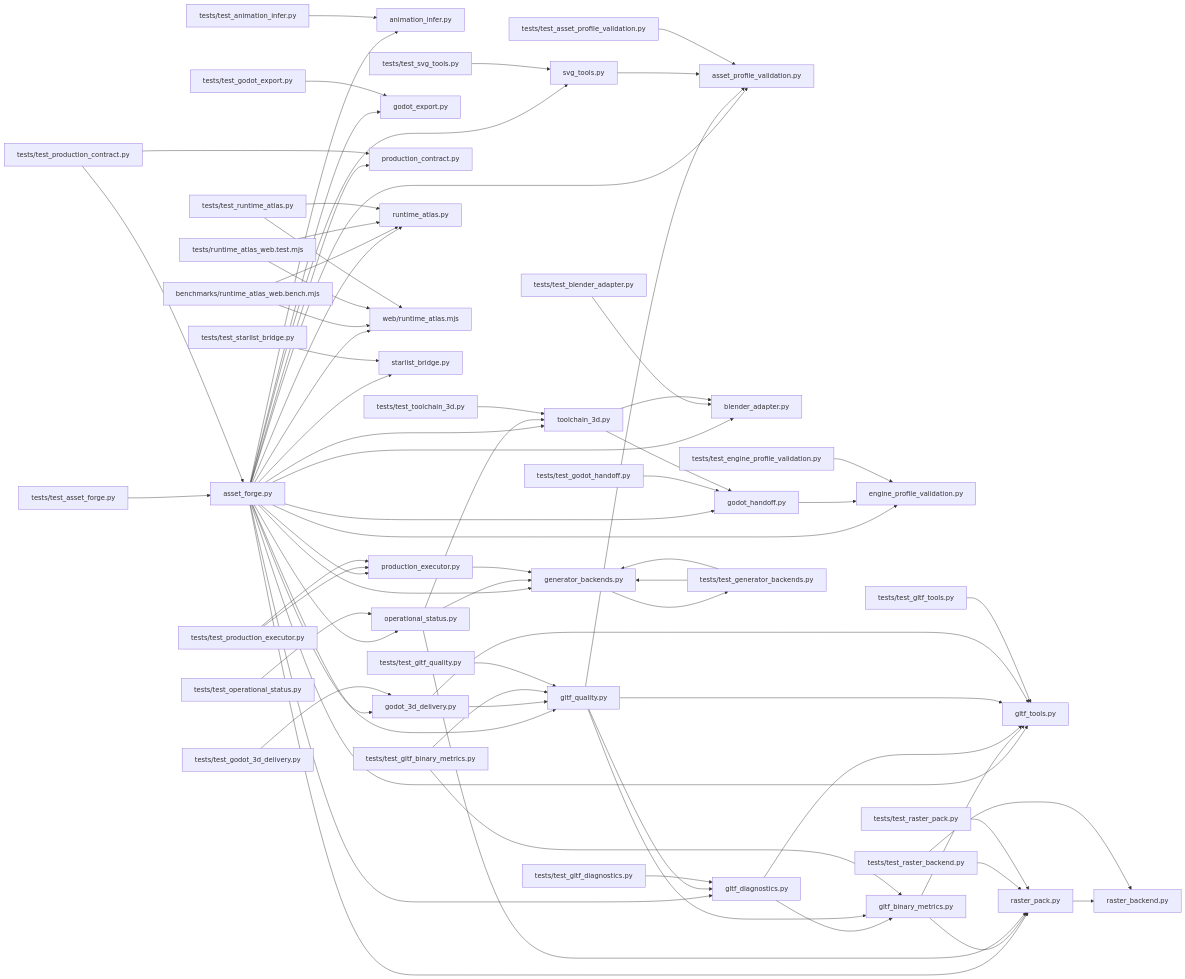
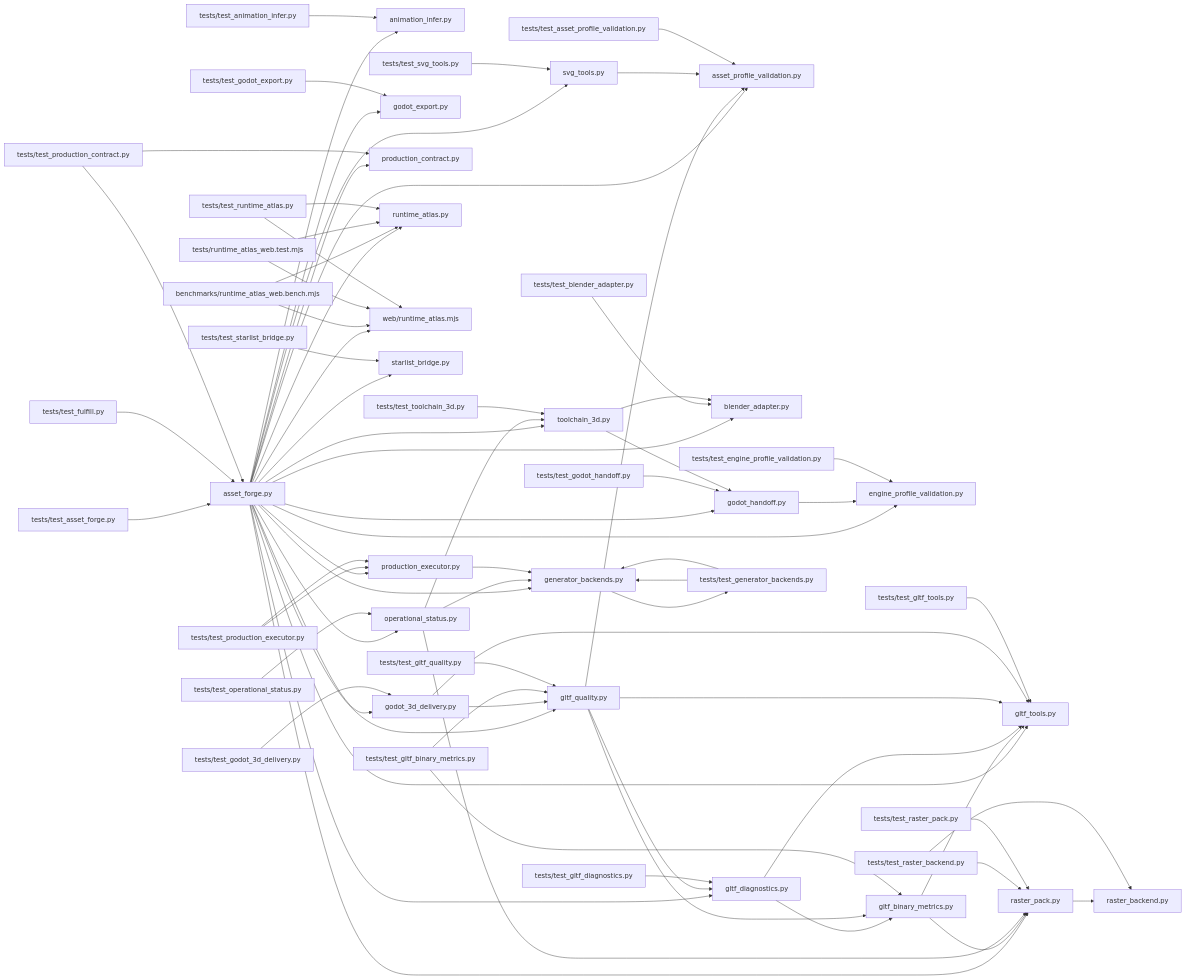
The diagram in .ai/brain/architecture.mmd (dbrckk/asset-forge), drawn with Mermaid before and after one commit. The commit also changed 76 other files, not shown here.

```diff
--- a/.ai/brain/architecture.mmd
+++ b/.ai/brain/architecture.mmd
@@ -1,73 +1,74 @@
 flowchart LR
   nf6aaebdb60["asset_forge.py"] --> na6af60504f["animation_infer.py"]
   nf6aaebdb60["asset_forge.py"] --> n0b538ad53a["asset_profile_validation.py"]
   nf6aaebdb60["asset_forge.py"] --> n53f8241bed["blender_adapter.py"]
   nf6aaebdb60["asset_forge.py"] --> n6c970becb0["engine_profile_validation.py"]
   nf6aaebdb60["asset_forge.py"] --> n628d7e8336["generator_backends.py"]
   nf6aaebdb60["asset_forge.py"] --> n75933d141d["gltf_diagnostics.py"]
   nf6aaebdb60["asset_forge.py"] --> n40671eb73f["gltf_quality.py"]
   nf6aaebdb60["asset_forge.py"] --> n603af8be95["gltf_tools.py"]
   nf6aaebdb60["asset_forge.py"] --> n19f6cc30a2["godot_3d_delivery.py"]
   nf6aaebdb60["asset_forge.py"] --> nf513c6f74a["godot_export.py"]
   nf6aaebdb60["asset_forge.py"] --> n4ac24c4308["godot_handoff.py"]
   nf6aaebdb60["asset_forge.py"] --> n8e6c2af7cd["operational_status.py"]
   nf6aaebdb60["asset_forge.py"] --> n053badf172["production_contract.py"]
   nf6aaebdb60["asset_forge.py"] --> nd2e1f874ab["production_executor.py"]
   nf6aaebdb60["asset_forge.py"] --> n812f5d6cd8["raster_pack.py"]
   nf6aaebdb60["asset_forge.py"] --> n5b9c1dbfe7["runtime_atlas.py"]
   nf6aaebdb60["asset_forge.py"] --> nbf71796fb5["web/runtime_atlas.mjs"]
   nf6aaebdb60["asset_forge.py"] --> n60f2773fae["starlist_bridge.py"]
   nf6aaebdb60["asset_forge.py"] --> nd1a9eb18f4["svg_tools.py"]
   nf6aaebdb60["asset_forge.py"] --> n9f52789201["toolchain_3d.py"]
   nf1083f5ce7["benchmarks/runtime_atlas_web.bench.mjs"] --> n5b9c1dbfe7["runtime_atlas.py"]
   nf1083f5ce7["benchmarks/runtime_atlas_web.bench.mjs"] --> nbf71796fb5["web/runtime_atlas.mjs"]
   nf2ad6ffaad["gltf_binary_metrics.py"] --> n603af8be95["gltf_tools.py"]
   nf2ad6ffaad["gltf_binary_metrics.py"] --> n812f5d6cd8["raster_pack.py"]
   n75933d141d["gltf_diagnostics.py"] --> nf2ad6ffaad["gltf_binary_metrics.py"]
   n75933d141d["gltf_diagnostics.py"] --> n603af8be95["gltf_tools.py"]
   n40671eb73f["gltf_quality.py"] --> n0b538ad53a["asset_profile_validation.py"]
   n40671eb73f["gltf_quality.py"] --> nf2ad6ffaad["gltf_binary_metrics.py"]
   n40671eb73f["gltf_quality.py"] --> n75933d141d["gltf_diagnostics.py"]
   n40671eb73f["gltf_quality.py"] --> n603af8be95["gltf_tools.py"]
   n19f6cc30a2["godot_3d_delivery.py"] --> n40671eb73f["gltf_quality.py"]
   n19f6cc30a2["godot_3d_delivery.py"] --> n603af8be95["gltf_tools.py"]
   n4ac24c4308["godot_handoff.py"] --> n6c970becb0["engine_profile_validation.py"]
   n8e6c2af7cd["operational_status.py"] --> n628d7e8336["generator_backends.py"]
   n8e6c2af7cd["operational_status.py"] --> n812f5d6cd8["raster_pack.py"]
   n8e6c2af7cd["operational_status.py"] --> n9f52789201["toolchain_3d.py"]
   nd2e1f874ab["production_executor.py"] --> n628d7e8336["generator_backends.py"]
   n812f5d6cd8["raster_pack.py"] --> n1f573e1b00["raster_backend.py"]
   nd1a9eb18f4["svg_tools.py"] --> n0b538ad53a["asset_profile_validation.py"]
   n6d6a7f3f5f["tests/runtime_atlas_web.test.mjs"] --> n5b9c1dbfe7["runtime_atlas.py"]
   n6d6a7f3f5f["tests/runtime_atlas_web.test.mjs"] --> nbf71796fb5["web/runtime_atlas.mjs"]
   ndd9a4fb45c["tests/test_animation_infer.py"] --> na6af60504f["animation_infer.py"]
   na7d4387d3f["tests/test_asset_forge.py"] --> nf6aaebdb60["asset_forge.py"]
   necd522caf1["tests/test_asset_profile_validation.py"] --> n0b538ad53a["asset_profile_validation.py"]
   n0b5e01c792["tests/test_blender_adapter.py"] --> n53f8241bed["blender_adapter.py"]
   n69f8299d4b["tests/test_engine_profile_validation.py"] --> n6c970becb0["engine_profile_validation.py"]
+  n8020ce18e3["tests/test_fulfill.py"] --> nf6aaebdb60["asset_forge.py"]
   n3669c12588["tests/test_generator_backends.py"] --> n628d7e8336["generator_backends.py"]
   nd70a422de4["tests/test_gltf_binary_metrics.py"] --> nf2ad6ffaad["gltf_binary_metrics.py"]
   nd70a422de4["tests/test_gltf_binary_metrics.py"] --> n40671eb73f["gltf_quality.py"]
   nfb115d84b9["tests/test_gltf_diagnostics.py"] --> n75933d141d["gltf_diagnostics.py"]
   n9879eb7c58["tests/test_gltf_quality.py"] --> n40671eb73f["gltf_quality.py"]
   nbe4b566f23["tests/test_gltf_tools.py"] --> n603af8be95["gltf_tools.py"]
   n5132dff4b4["tests/test_godot_3d_delivery.py"] --> n19f6cc30a2["godot_3d_delivery.py"]
   n765e2032dc["tests/test_godot_export.py"] --> nf513c6f74a["godot_export.py"]
   n796d12e7ad["tests/test_godot_handoff.py"] --> n4ac24c4308["godot_handoff.py"]
   nae44096017["tests/test_operational_status.py"] --> n8e6c2af7cd["operational_status.py"]
   n2bf208ea95["tests/test_production_contract.py"] --> nf6aaebdb60["asset_forge.py"]
   n2bf208ea95["tests/test_production_contract.py"] --> n053badf172["production_contract.py"]
   n7bb7caee30["tests/test_production_executor.py"] --> nd2e1f874ab["production_executor.py"]
   nfa190699df["tests/test_raster_backend.py"] --> n1f573e1b00["raster_backend.py"]
   nfa190699df["tests/test_raster_backend.py"] --> n812f5d6cd8["raster_pack.py"]
   nacd4f64dad["tests/test_raster_pack.py"] --> n812f5d6cd8["raster_pack.py"]
   n648bc622f8["tests/test_runtime_atlas.py"] --> n5b9c1dbfe7["runtime_atlas.py"]
   n648bc622f8["tests/test_runtime_atlas.py"] --> nbf71796fb5["web/runtime_atlas.mjs"]
   n741d12fac4["tests/test_starlist_bridge.py"] --> n60f2773fae["starlist_bridge.py"]
   n9799642b7e["tests/test_svg_tools.py"] --> nd1a9eb18f4["svg_tools.py"]
   n67da2e7cde["tests/test_toolchain_3d.py"] --> n9f52789201["toolchain_3d.py"]
   n9f52789201["toolchain_3d.py"] --> n53f8241bed["blender_adapter.py"]
   n9f52789201["toolchain_3d.py"] --> n4ac24c4308["godot_handoff.py"]
   n3669c12588["tests/test_generator_backends.py"] --> n628d7e8336["generator_backends.py"]
   n7bb7caee30["tests/test_production_executor.py"] --> nd2e1f874ab["production_executor.py"]
   n628d7e8336["generator_backends.py"] --> n3669c12588["tests/test_generator_backends.py"]
```
